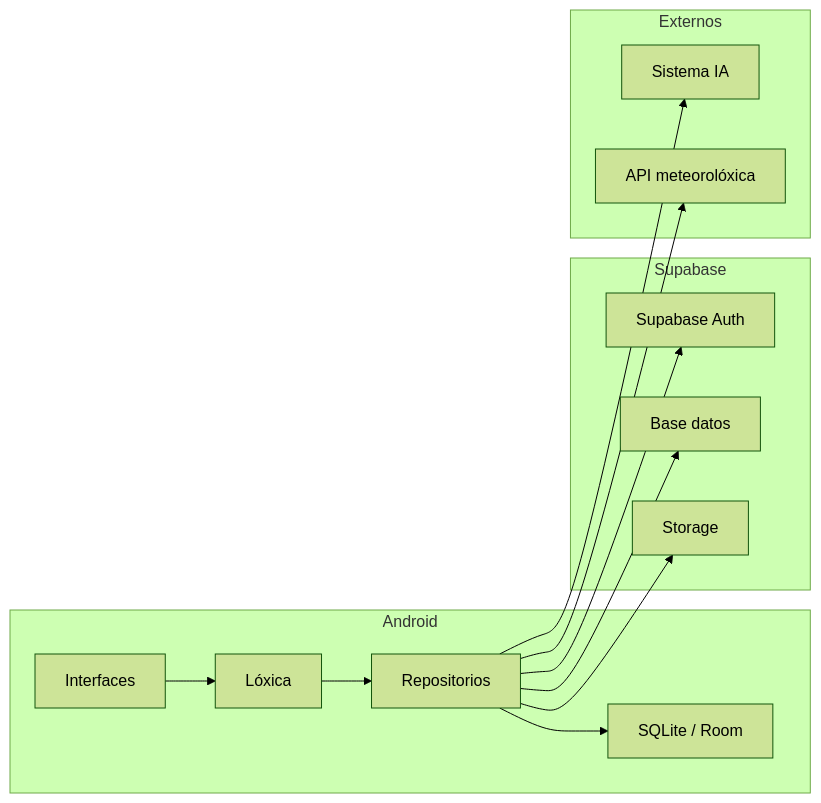
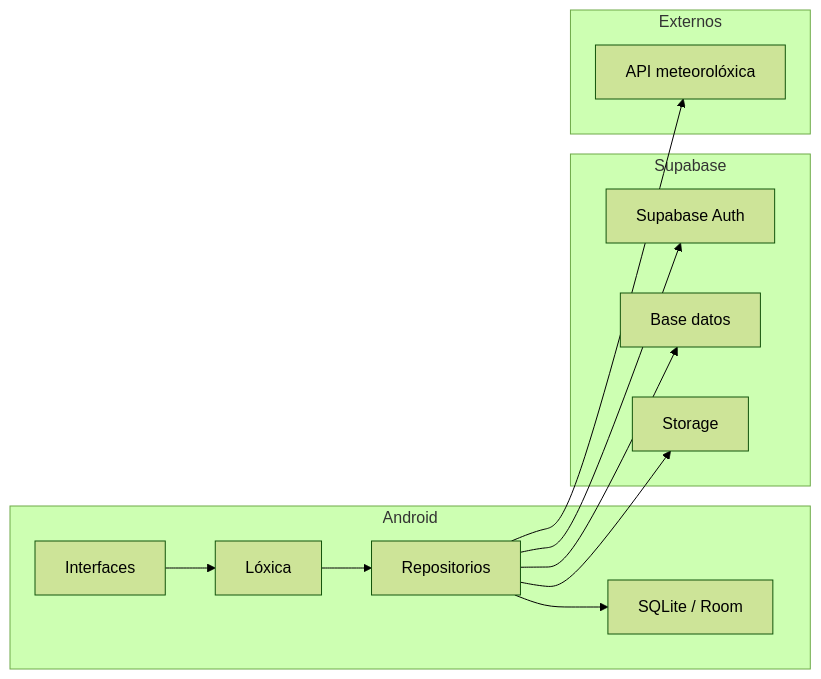
The fourth of 5 diagrams in doc/templates/5_deseño.md (martinmgd/PetCare), drawn with Mermaid (forest theme) before and after one commit. The commit also changed other lines of this file and 9 other files, not shown here.

````diff
--- a/doc/templates/5_deseño.md
+++ b/doc/templates/5_deseño.md
@@ -272,32 +259,30 @@
 ```mermaid
 flowchart LR
 
 subgraph Android
 UI[Interfaces]
 LOGICA[Lóxica]
 REPO[Repositorios]
 ROOM[SQLite / Room]
 
 UI --> LOGICA
 LOGICA --> REPO
 REPO --> ROOM
 end
 
 subgraph Supabase
 AUTH[Supabase Auth]
 DB[Base datos]
 STORAGE[Storage]
 end
 
 subgraph Externos
-IA[Sistema IA]
 METEO[API meteorolóxica]
 end
 
 REPO --> AUTH
 REPO --> DB
 REPO --> STORAGE
 
-REPO --> IA
 REPO --> METEO
 ```
````
